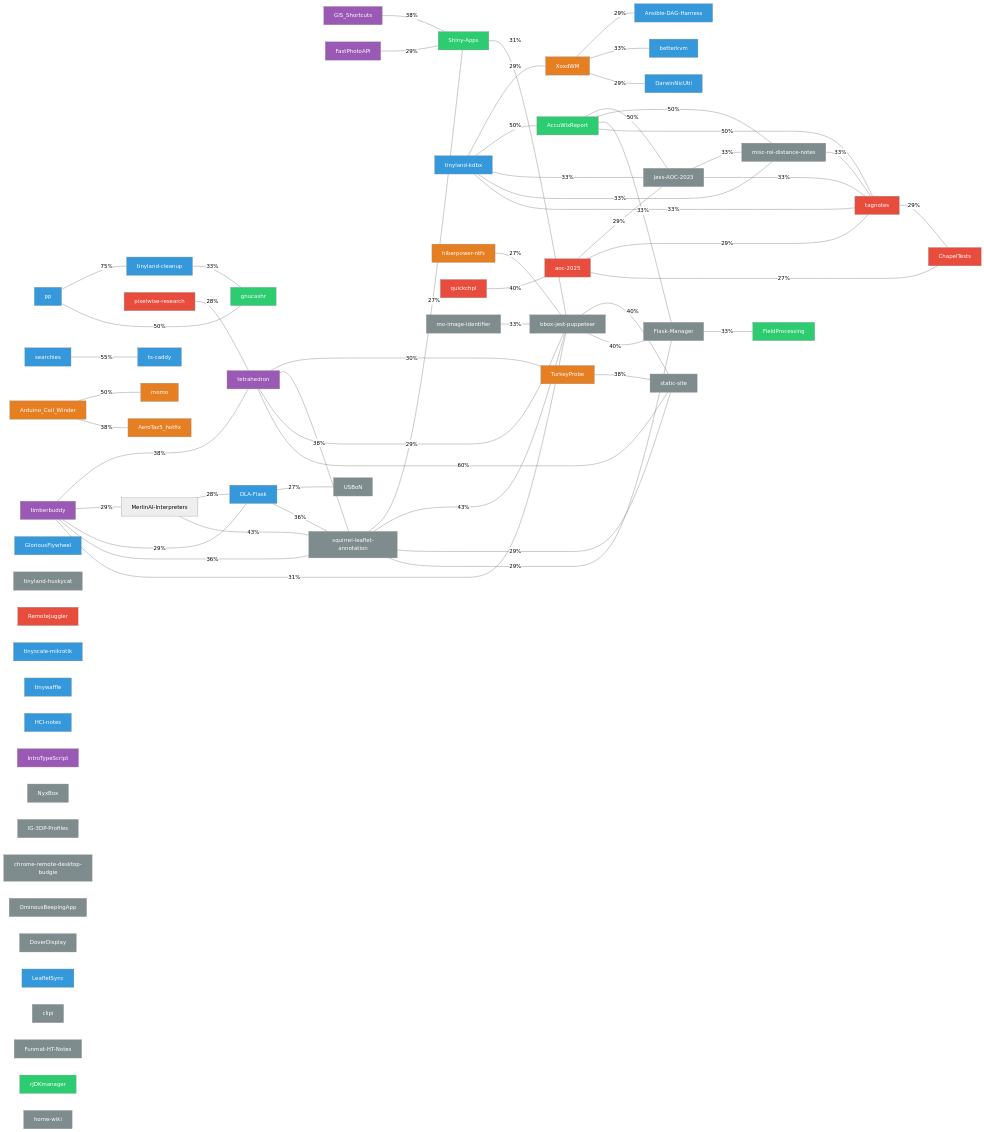
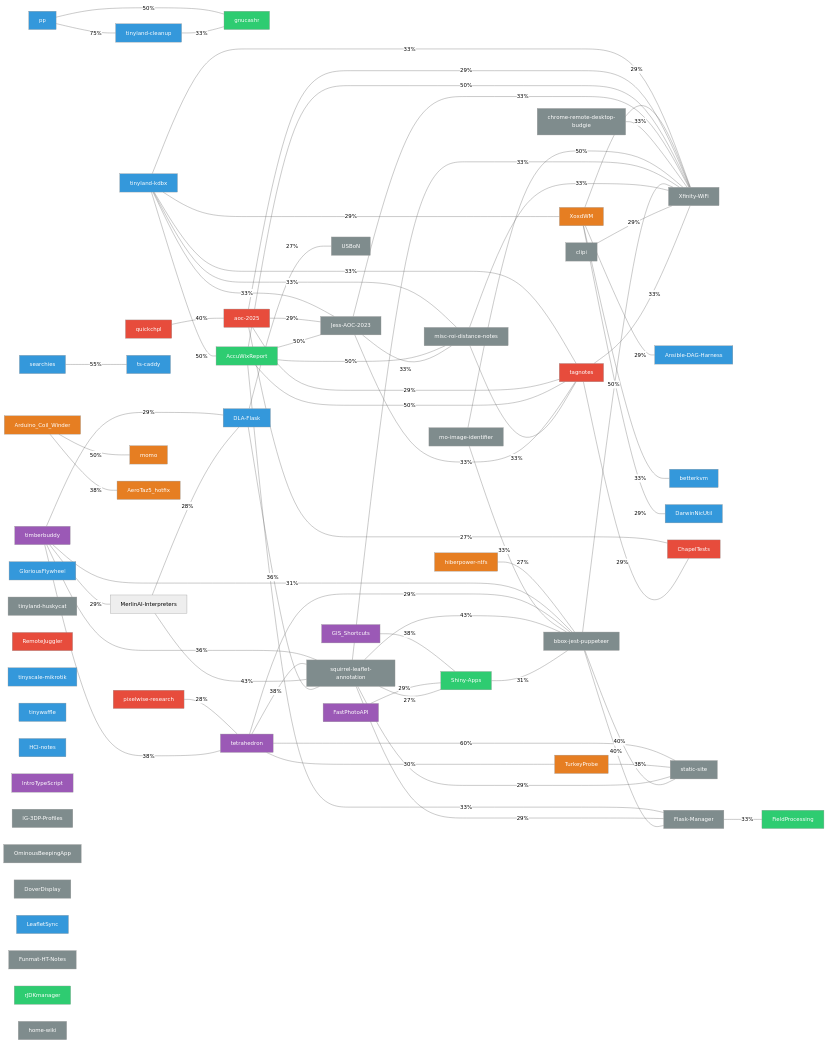
Before and after one commit to Jesssullivan/Jesssullivan: the diagram in repo-graph.mmd, drawn with Mermaid (neutral theme). The commit also changed 4 other files, not shown here.

First line of the commit message:
feat(readme): restructure layout, improve graph legibility, merge badge sections

```diff
--- a/repo-graph.mmd
+++ b/repo-graph.mmd
@@ -1,84 +1,93 @@
 graph LR
     pp["pp"] ---|75%| tinyland_cleanup["tinyland-cleanup"]
     pp["pp"] ---|50%| gnucashr["gnucashr"]
     GIS_Shortcuts["GIS_Shortcuts"] ---|38%| Shiny_Apps["Shiny-Apps"]
     tinyland_cleanup["tinyland-cleanup"] ---|33%| gnucashr["gnucashr"]
     tinyland_kdbx["tinyland-kdbx"] ---|29%| XoxdWM["XoxdWM"]
     tinyland_kdbx["tinyland-kdbx"] ---|50%| AccuWixReport["AccuWixReport"]
     tinyland_kdbx["tinyland-kdbx"] ---|33%| Jess_AOC_2023["Jess-AOC-2023"]
     tinyland_kdbx["tinyland-kdbx"] ---|33%| misc_roi_distance_notes["misc-roi-distance-notes"]
     tinyland_kdbx["tinyland-kdbx"] ---|33%| tagnotes["tagnotes"]
+    tinyland_kdbx["tinyland-kdbx"] ---|33%| Xfinity_WiFi["Xfinity-WiFi"]
     XoxdWM["XoxdWM"] ---|29%| Ansible_DAG_Harness["Ansible-DAG-Harness"]
     XoxdWM["XoxdWM"] ---|33%| betterkvm["betterkvm"]
     XoxdWM["XoxdWM"] ---|29%| DarwinNicUtil["DarwinNicUtil"]
+    XoxdWM["XoxdWM"] ---|29%| Xfinity_WiFi["Xfinity-WiFi"]
     hiberpower_ntfs["hiberpower-ntfs"] ---|27%| bbox_jest_puppeteer["bbox-jest-puppeteer"]
     pixelwise_research["pixelwise-research"] ---|28%| tetrahedron["tetrahedron"]
     quickchpl["quickchpl"] ---|40%| aoc_2025["aoc-2025"]
     aoc_2025["aoc-2025"] ---|29%| Jess_AOC_2023["Jess-AOC-2023"]
     aoc_2025["aoc-2025"] ---|29%| tagnotes["tagnotes"]
     aoc_2025["aoc-2025"] ---|27%| ChapelTests["ChapelTests"]
+    aoc_2025["aoc-2025"] ---|29%| Xfinity_WiFi["Xfinity-WiFi"]
     searchies["searchies"] ---|55%| ts_caddy["ts-caddy"]
     FastPhotoAPI["FastPhotoAPI"] ---|29%| Shiny_Apps["Shiny-Apps"]
     timberbuddy["timberbuddy"] ---|38%| tetrahedron["tetrahedron"]
     timberbuddy["timberbuddy"] ---|29%| MerlinAI_Interpreters["MerlinAI-Interpreters"]
     timberbuddy["timberbuddy"] ---|29%| DLA_Flask["DLA-Flask"]
     timberbuddy["timberbuddy"] ---|36%| squirrel_leaflet_annotation["squirrel-leaflet-annotation"]
     timberbuddy["timberbuddy"] ---|31%| bbox_jest_puppeteer["bbox-jest-puppeteer"]
     tetrahedron["tetrahedron"] ---|30%| TurkeyProbe["TurkeyProbe"]
     tetrahedron["tetrahedron"] ---|38%| squirrel_leaflet_annotation["squirrel-leaflet-annotation"]
     tetrahedron["tetrahedron"] ---|29%| bbox_jest_puppeteer["bbox-jest-puppeteer"]
     tetrahedron["tetrahedron"] ---|60%| static_site["static-site"]
     AccuWixReport["AccuWixReport"] ---|50%| Jess_AOC_2023["Jess-AOC-2023"]
     AccuWixReport["AccuWixReport"] ---|50%| misc_roi_distance_notes["misc-roi-distance-notes"]
     AccuWixReport["AccuWixReport"] ---|33%| Flask_Manager["Flask-Manager"]
     AccuWixReport["AccuWixReport"] ---|50%| tagnotes["tagnotes"]
+    AccuWixReport["AccuWixReport"] ---|50%| Xfinity_WiFi["Xfinity-WiFi"]
     Jess_AOC_2023["Jess-AOC-2023"] ---|33%| misc_roi_distance_notes["misc-roi-distance-notes"]
     Jess_AOC_2023["Jess-AOC-2023"] ---|33%| tagnotes["tagnotes"]
+    Jess_AOC_2023["Jess-AOC-2023"] ---|33%| Xfinity_WiFi["Xfinity-WiFi"]
     TurkeyProbe["TurkeyProbe"] ---|38%| static_site["static-site"]
     MerlinAI_Interpreters["MerlinAI-Interpreters"] ---|28%| DLA_Flask["DLA-Flask"]
     MerlinAI_Interpreters["MerlinAI-Interpreters"] ---|43%| squirrel_leaflet_annotation["squirrel-leaflet-annotation"]
     DLA_Flask["DLA-Flask"] ---|27%| USBoN["USBoN"]
     DLA_Flask["DLA-Flask"] ---|36%| squirrel_leaflet_annotation["squirrel-leaflet-annotation"]
+    chrome_remote_desktop_budgie["chrome-remote-desktop-budgie"] ---|33%| Xfinity_WiFi["Xfinity-WiFi"]
     mo_image_identifier["mo-image-identifier"] ---|33%| bbox_jest_puppeteer["bbox-jest-puppeteer"]
+    mo_image_identifier["mo-image-identifier"] ---|50%| Xfinity_WiFi["Xfinity-WiFi"]
     squirrel_leaflet_annotation["squirrel-leaflet-annotation"] ---|27%| Shiny_Apps["Shiny-Apps"]
     squirrel_leaflet_annotation["squirrel-leaflet-annotation"] ---|43%| bbox_jest_puppeteer["bbox-jest-puppeteer"]
     squirrel_leaflet_annotation["squirrel-leaflet-annotation"] ---|29%| static_site["static-site"]
     squirrel_leaflet_annotation["squirrel-leaflet-annotation"] ---|29%| Flask_Manager["Flask-Manager"]
+    squirrel_leaflet_annotation["squirrel-leaflet-annotation"] ---|33%| Xfinity_WiFi["Xfinity-WiFi"]
     Shiny_Apps["Shiny-Apps"] ---|31%| bbox_jest_puppeteer["bbox-jest-puppeteer"]
     bbox_jest_puppeteer["bbox-jest-puppeteer"] ---|40%| static_site["static-site"]
     bbox_jest_puppeteer["bbox-jest-puppeteer"] ---|40%| Flask_Manager["Flask-Manager"]
+    bbox_jest_puppeteer["bbox-jest-puppeteer"] ---|50%| Xfinity_WiFi["Xfinity-WiFi"]
     misc_roi_distance_notes["misc-roi-distance-notes"] ---|33%| tagnotes["tagnotes"]
+    misc_roi_distance_notes["misc-roi-distance-notes"] ---|33%| Xfinity_WiFi["Xfinity-WiFi"]
     Arduino_Coil_Winder["Arduino_Coil_Winder"] ---|50%| momo["momo"]
     Arduino_Coil_Winder["Arduino_Coil_Winder"] ---|38%| AeroTaz5_hotfix["AeroTaz5_hotfix"]
+    clipi["clipi"] ---|29%| Xfinity_WiFi["Xfinity-WiFi"]
     Flask_Manager["Flask-Manager"] ---|33%| FieldProcessing["FieldProcessing"]
     tagnotes["tagnotes"] ---|29%| ChapelTests["ChapelTests"]
+    tagnotes["tagnotes"] ---|33%| Xfinity_WiFi["Xfinity-WiFi"]
     GloriousFlywheel["GloriousFlywheel"]
     tinyland_huskycat["tinyland-huskycat"]
     RemoteJuggler["RemoteJuggler"]
     tinyscale_mikrotik["tinyscale-mikrotik"]
     tinywaffle["tinywaffle"]
     HCI_notes["HCI-notes"]
     IntroTypeScript["IntroTypeScript"]
-    NyxBox["NyxBox"]
     IG_3DP_Profiles["IG-3DP-Profiles"]
-    chrome_remote_desktop_budgie["chrome-remote-desktop-budgie"]
     OminousBeepingApp["OminousBeepingApp"]
     DoverDisplay["DoverDisplay"]
     LeafletSync["LeafletSync"]
-    clipi["clipi"]
     Funmat_HT_Notes["Funmat-HT-Notes"]
     rJDKmanager["rJDKmanager"]
     home_wiki["home-wiki"]
 
     classDef languages_compilers fill:#e74c3c,color:#fff
     class RemoteJuggler,pixelwise_research,quickchpl,aoc_2025,tagnotes,ChapelTests languages_compilers
     classDef infrastructure_devops fill:#3498db,color:#fff
     class pp,GloriousFlywheel,tinyland_cleanup,tinyland_kdbx,Ansible_DAG_Harness,betterkvm,DarwinNicUtil,tinyscale_mikrotik,tinywaffle,searchies,ts_caddy,HCI_notes,DLA_Flask,LeafletSync infrastructure_devops
     classDef hardware_maker fill:#e67e22,color:#fff
     class XoxdWM,hiberpower_ntfs,TurkeyProbe,Arduino_Coil_Winder,momo,AeroTaz5_hotfix hardware_maker
     classDef ml_data fill:#2ecc71,color:#fff
     class gnucashr,AccuWixReport,Shiny_Apps,FieldProcessing,rJDKmanager ml_data
     classDef web_apps fill:#9b59b6,color:#fff
     class GIS_Shortcuts,FastPhotoAPI,timberbuddy,tetrahedron,IntroTypeScript web_apps
     classDef other fill:#7f8c8d,color:#fff
-    class tinyland_huskycat,Jess_AOC_2023,NyxBox,IG_3DP_Profiles,USBoN,chrome_remote_desktop_budgie,OminousBeepingApp,mo_image_identifier,squirrel_leaflet_annotation,bbox_jest_puppeteer,DoverDisplay,misc_roi_distance_notes,clipi,Funmat_HT_Notes,static_site,Flask_Manager,home_wiki other
+    class tinyland_huskycat,Jess_AOC_2023,IG_3DP_Profiles,USBoN,chrome_remote_desktop_budgie,OminousBeepingApp,mo_image_identifier,squirrel_leaflet_annotation,bbox_jest_puppeteer,DoverDisplay,misc_roi_distance_notes,clipi,Funmat_HT_Notes,static_site,Flask_Manager,Xfinity_WiFi,home_wiki other
```
